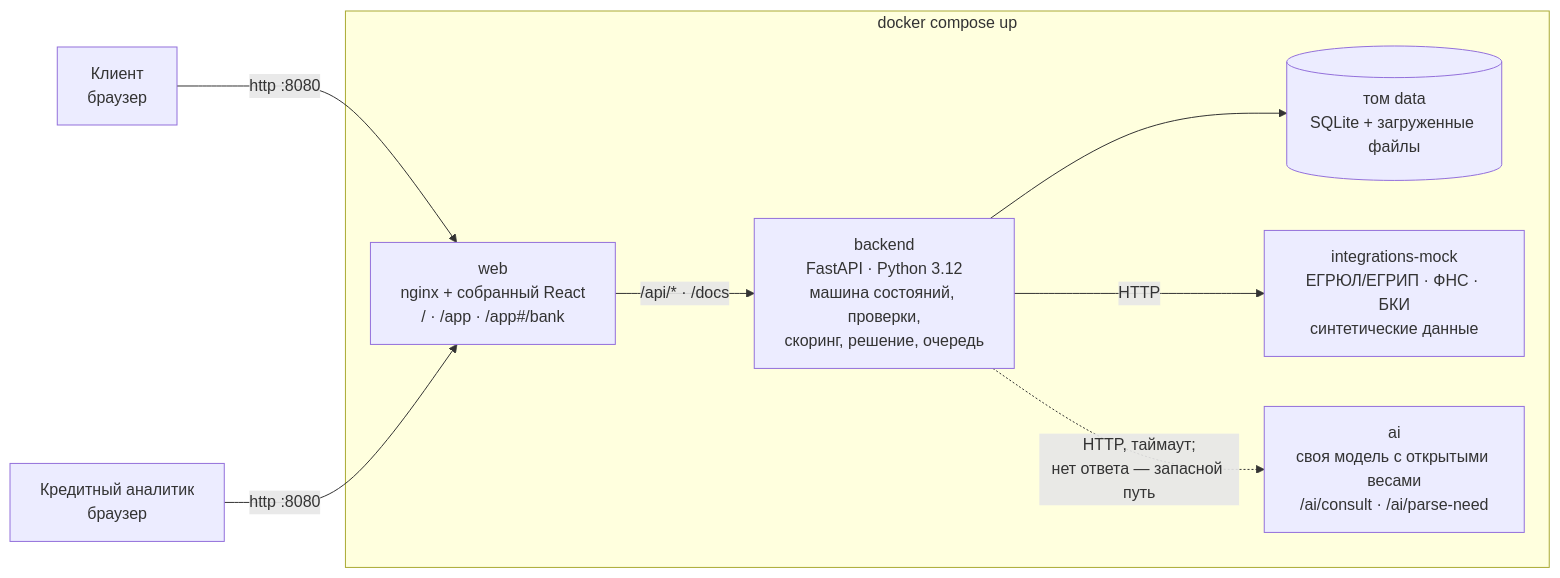
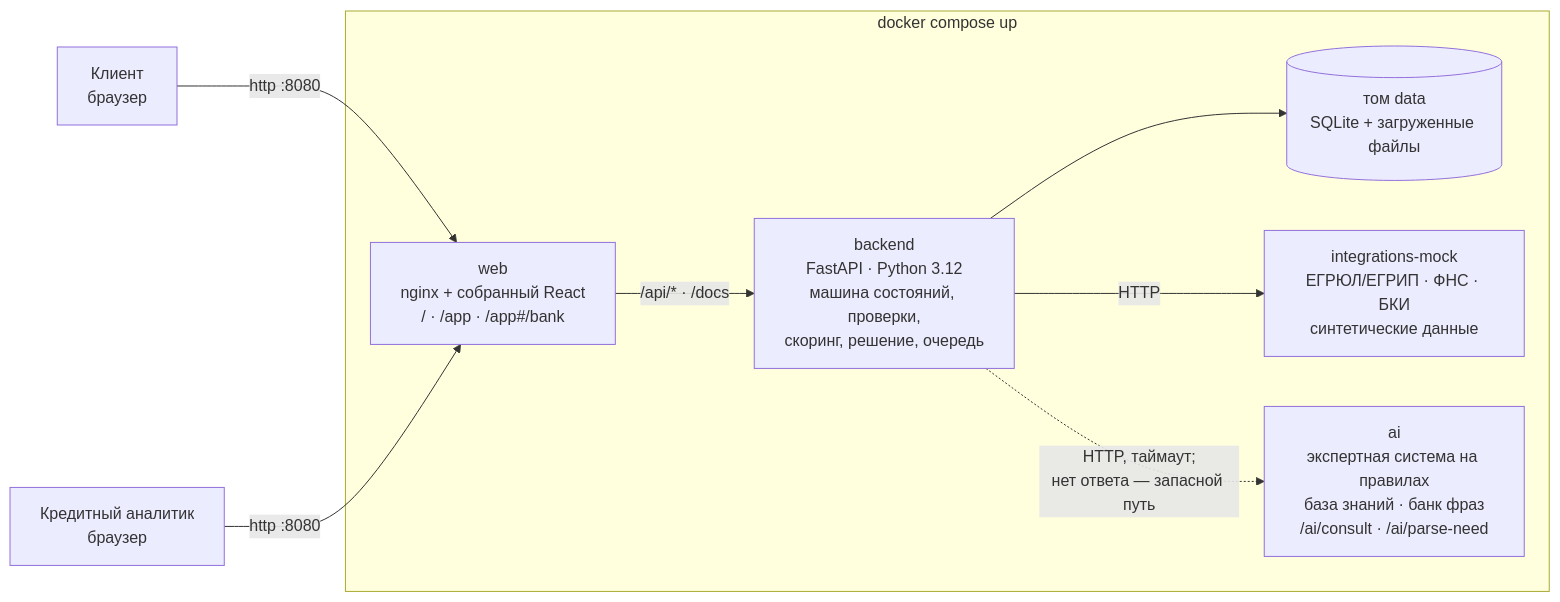
One commit to xrnskew/XRONIX changed the first of 4 diagrams in docs/ARCHITECTURE.md. Above: the diagram before and after it, drawn with Mermaid. The commit also changed other lines of this file and 4 other files, not shown here.

First line of the commit message:
docs: приёмка раунда 2 бэкенда, задачи раунда 3, экспертная система вместо модели

````diff
--- a/docs/ARCHITECTURE.md
+++ b/docs/ARCHITECTURE.md
@@ -7,17 +7,17 @@
 ```mermaid
 flowchart LR
     C[Клиент<br/>браузер] -->|http :8080| W
     A[Кредитный аналитик<br/>браузер] -->|http :8080| W
 
     subgraph compose[docker compose up]
       W["web<br/>nginx + собранный React<br/>/ · /app · /app#/bank"]
       B["backend<br/>FastAPI · Python 3.12<br/>машина состояний, проверки,<br/>скоринг, решение, очередь"]
       DB[("том data<br/>SQLite + загруженные файлы")]
       M["integrations-mock<br/>ЕГРЮЛ/ЕГРИП · ФНС · БКИ<br/>синтетические данные"]
-      AI["ai<br/>своя модель с открытыми весами<br/>/ai/consult · /ai/parse-need"]
+      AI["ai<br/>экспертная система на правилах<br/>база знаний · банк фраз<br/>/ai/consult · /ai/parse-need"]
       W -->|"/api/* · /docs"| B
       B --> DB
       B -->|HTTP| M
       B -.->|"HTTP, таймаут;<br/>нет ответа — запасной путь"| AI
     end
 ```
````
